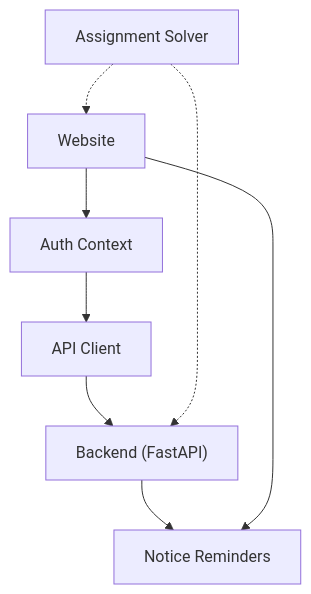
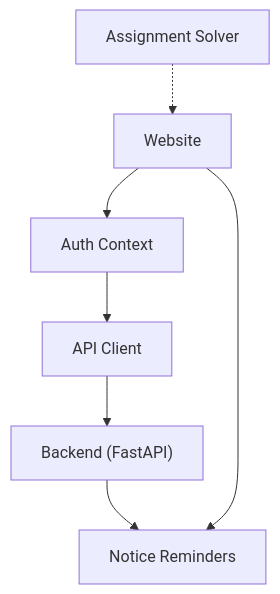
One commit to tashifkhan/tashif.codes changed the sixth of 6 diagrams in src/data/docs/mooc-utils/Project Overview/Key Features.md. Above: the diagram before and after it, drawn with Mermaid. The commit also changed other lines of this file and 2128 other files, not shown here.

First line of the commit message:
docs: replace raster diagram images with native Mermaid across project guides

````diff
--- a/src/data/docs/mooc-utils/Project Overview/Key Features.md
+++ b/src/data/docs/mooc-utils/Project Overview/Key Features.md
@@ -247,16 +172,15 @@
 ```mermaid
 graph TB
 WEB["Website"]
 AUTH["Auth Context"]
 API["API Client"]
 BE["Backend (FastAPI)"]
 NR["Notice Reminders"]
 AS["Assignment Solver"]
 WEB --> AUTH
 AUTH --> API
 API --> BE
 BE --> NR
 WEB --> NR
 AS -.-> WEB
-AS -.-> BE
 ```
````
